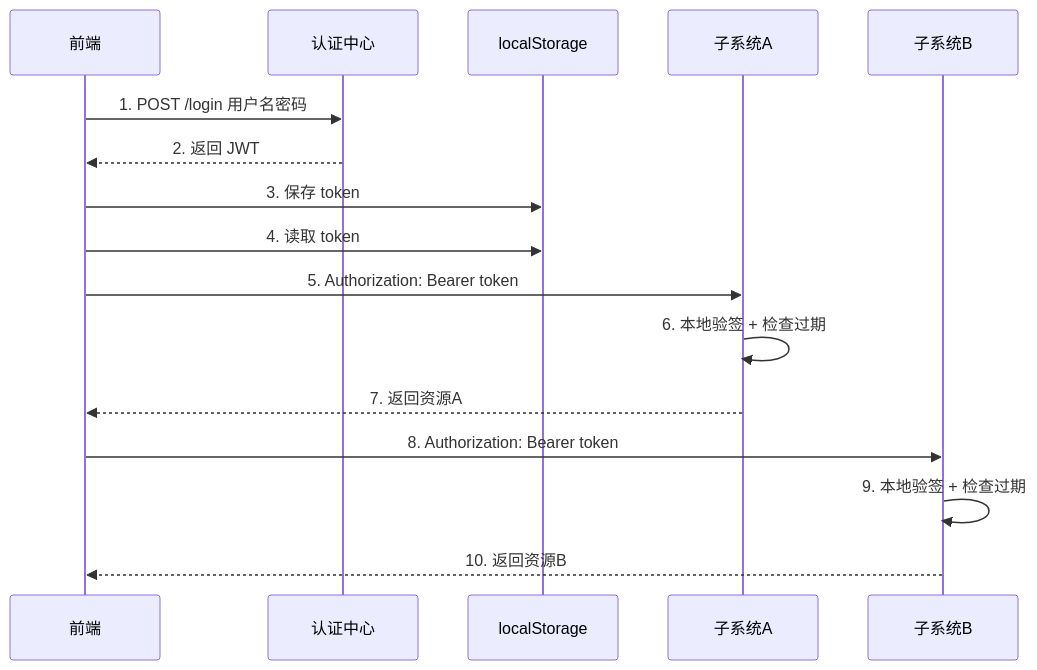
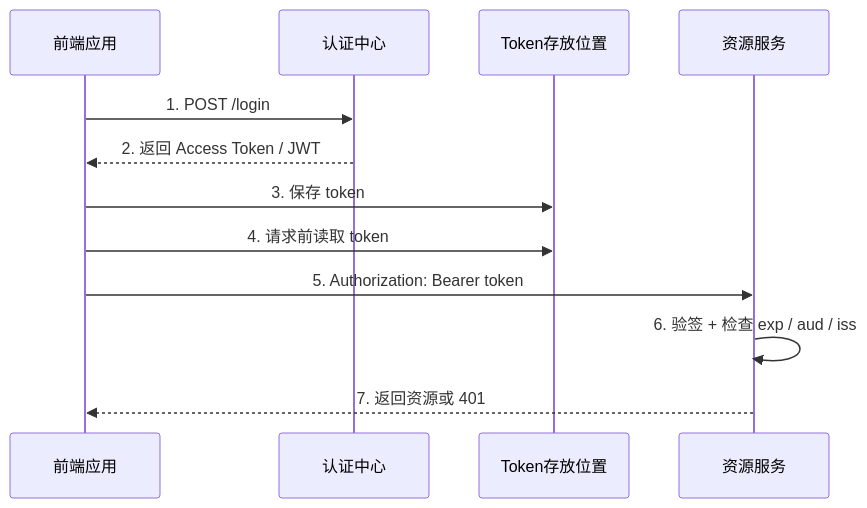
One commit to XGAN4869/ObsidianNoteForCoding2026 changed the third of 8 diagrams in travelKnowledge/我的整理/Vue Components Communication 整理/cookieTokenSSO/Cookie  WebStorage  Token SVG 结构化图谱.md. Above: the diagram before and after it, drawn with Mermaid. The commit also changed other lines of this file, not shown here.

````diff
--- a/travelKnowledge/我的整理/Vue Components Communication 整理/cookieTokenSSO/Cookie  WebStorage  Token SVG 结构化图谱.md
+++ b/travelKnowledge/我的整理/Vue Components Communication 整理/cookieTokenSSO/Cookie  WebStorage  Token SVG 结构化图谱.md
@@ -215,19 +298,15 @@
 ```mermaid
 sequenceDiagram
-  participant Fe as 前端
+  participant Fe as 前端应用
   participant Auth as 认证中心
-  participant LS as localStorage
-  participant A as 子系统A
-  participant B as 子系统B
+  participant Storage as Token存放位置
+  participant Api as 资源服务
 
-  Fe->>Auth: 1. POST /login 用户名密码
-  Auth-->>Fe: 2. 返回 JWT
-  Fe->>LS: 3. 保存 token
-  Fe->>LS: 4. 读取 token
-  Fe->>A: 5. Authorization: Bearer token
-  A->>A: 6. 本地验签 + 检查过期
-  A-->>Fe: 7. 返回资源A
-  Fe->>B: 8. Authorization: Bearer token
-  B->>B: 9. 本地验签 + 检查过期
-  B-->>Fe: 10. 返回资源B
+  Fe->>Auth: 1. POST /login
+  Auth-->>Fe: 2. 返回 Access Token / JWT
+  Fe->>Storage: 3. 保存 token
+  Fe->>Storage: 4. 请求前读取 token
+  Fe->>Api: 5. Authorization: Bearer token
+  Api->>Api: 6. 验签 + 检查 exp / aud / iss
+  Api-->>Fe: 7. 返回资源或 401
 ```
````
